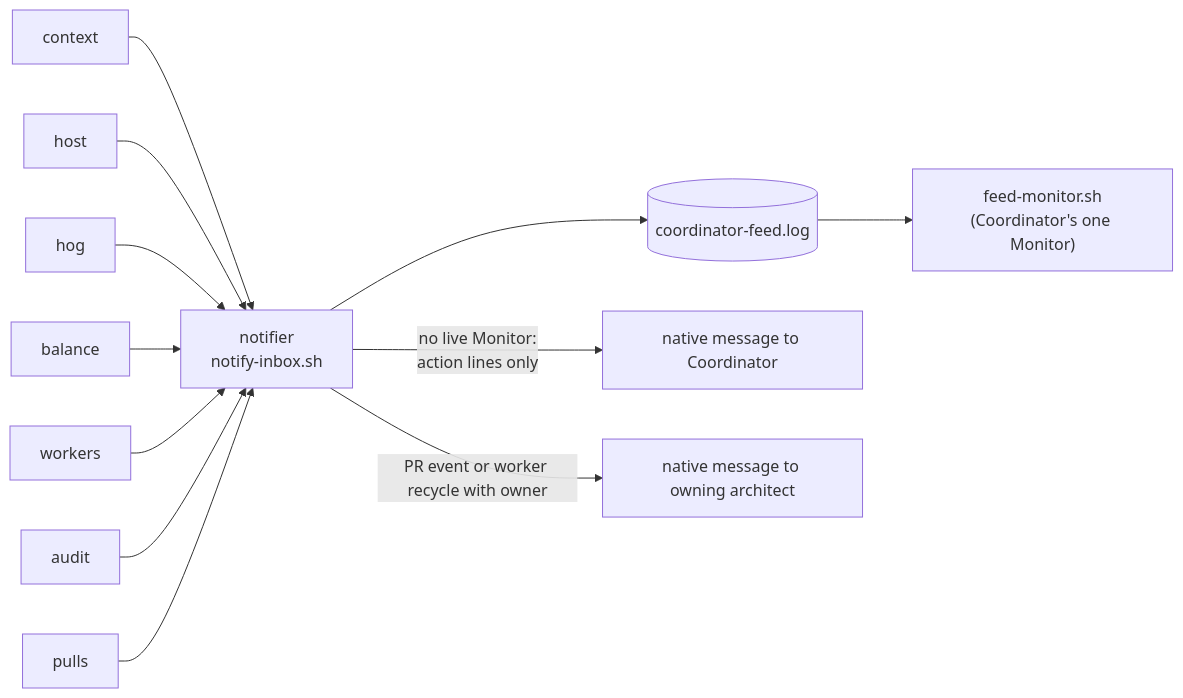
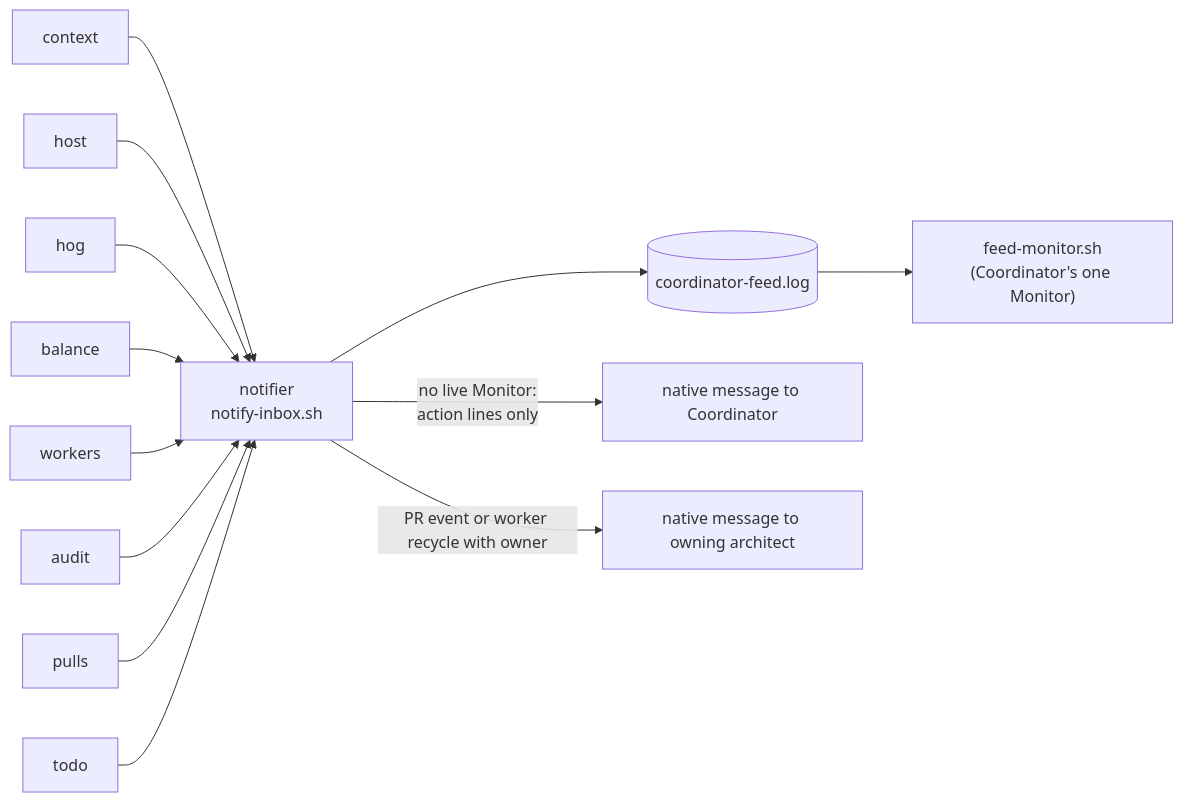
Before and after one commit to alexsavio/ai-agent-orchestration: the fourth of 5 diagrams in docs/architecture.md, drawn with Mermaid. The commit also changed other lines of this file and 10 other files, not shown here.

````diff
--- a/docs/architecture.md
+++ b/docs/architecture.md
@@ -123,14 +123,15 @@
 ```mermaid
 flowchart LR
     ctx[context] --> N
     host[host] --> N
     hog[hog] --> N
     bal[balance] --> N
     wrk[workers] --> N
     aud[audit] --> N
     pul[pulls] --> N
+    tdo[todo] --> N
     N["notifier<br/>notify-inbox.sh"] --> F[("coordinator-feed.log")]
     F --> M["feed-monitor.sh<br/>(Coordinator's one Monitor)"]
     N -->|"no live Monitor:<br/>action lines only"| NC["native message to Coordinator"]
     N -->|"PR event or worker recycle with owner"| NA["native message to owning architect"]
 ```
````
